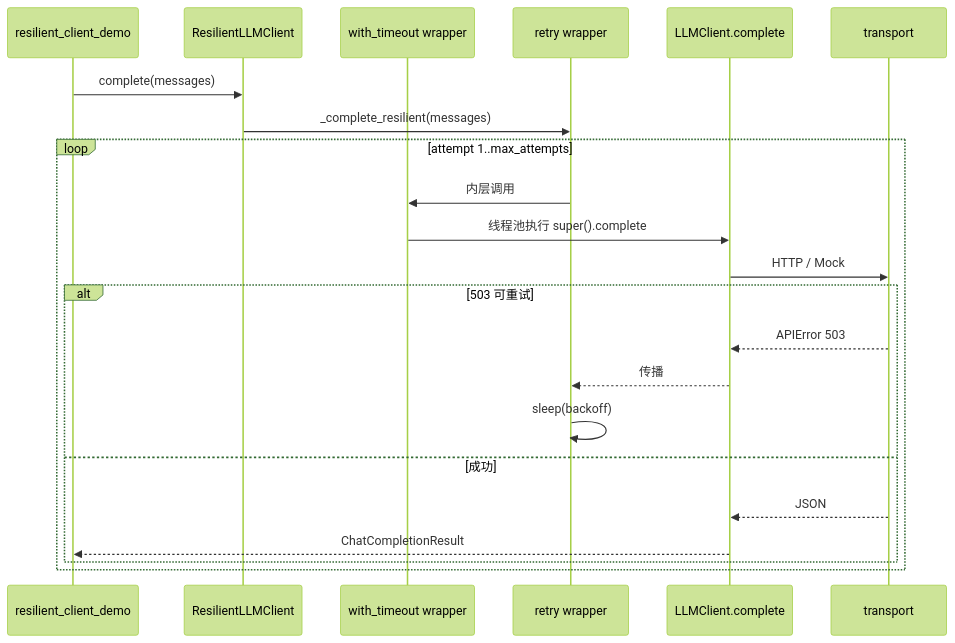
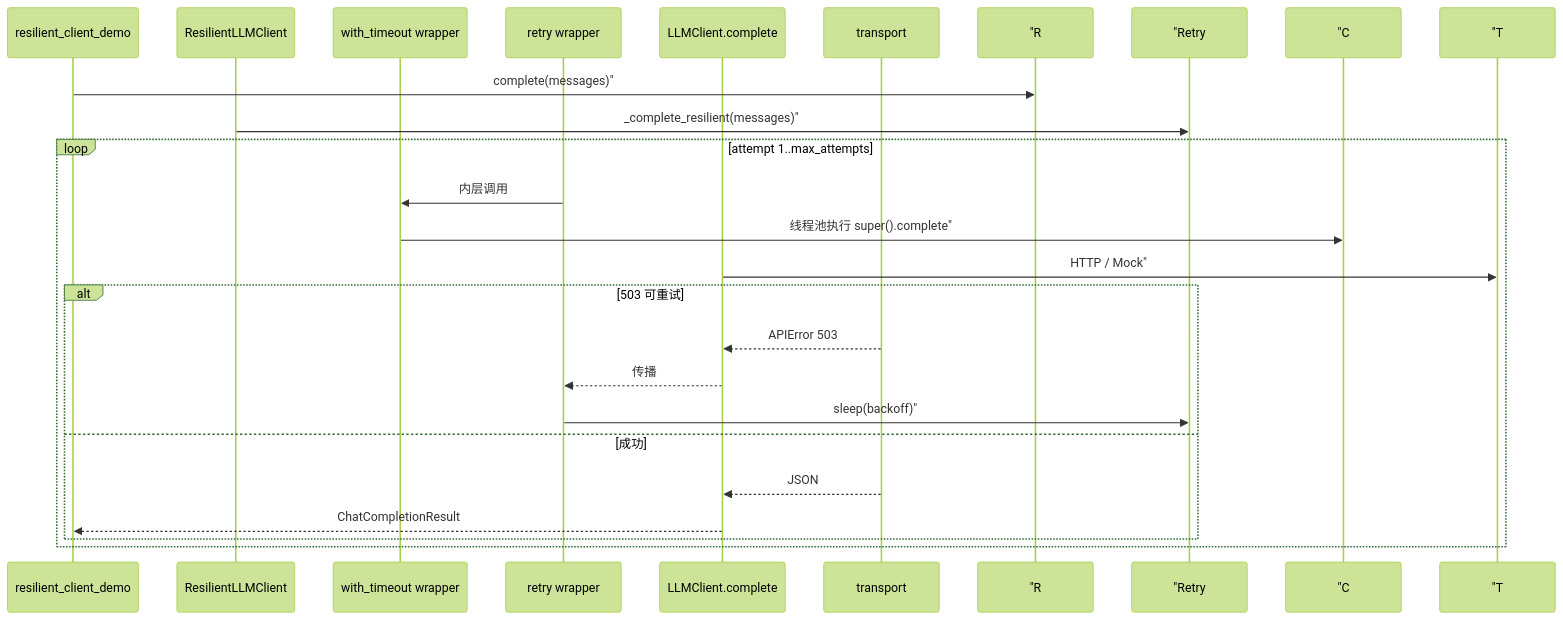
Before and after one commit to ab6539763/70_days_course_plus: the second of 2 diagrams in course/day13/03_架构设计.md, drawn with Mermaid (forest theme). The commit also changed other lines of this file and 134 other files, not shown here.

````diff
--- a/course/day13/03_架构设计.md
+++ b/course/day13/03_架构设计.md
@@ -40,25 +40,25 @@
 ```mermaid
 sequenceDiagram
     participant App as resilient_client_demo
     participant R as ResilientLLMClient
     participant W as with_timeout wrapper
     participant Retry as retry wrapper
     participant C as LLMClient.complete
     participant T as transport
 
-    App->>R: complete(messages)
-    R->>Retry: _complete_resilient(messages)
+    App->> "R: complete(messages)"
+    R->> "Retry: _complete_resilient(messages)"
     loop attempt 1..max_attempts
         Retry->>W: 内层调用
-        W->>C: 线程池执行 super().complete
-        C->>T: HTTP / Mock
+        W->> "C: 线程池执行 super().complete"
+        C->> "T: HTTP / Mock"
         alt 503 可重试
             T-->>C: APIError 503
             C-->>Retry: 传播
-            Retry->>Retry: sleep(backoff)
+            Retry->> "Retry: sleep(backoff)"
         else 成功
             T-->>C: JSON
             C-->>App: ChatCompletionResult
         end
     end
 ```
````
